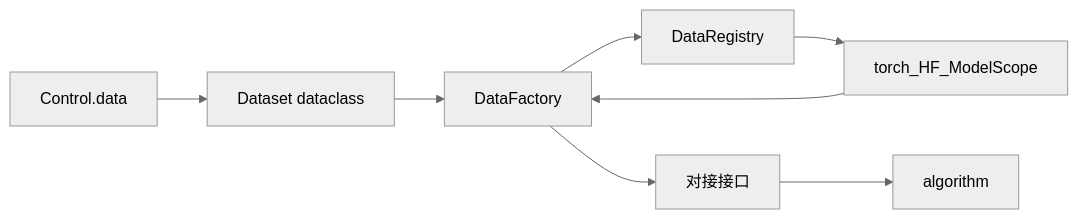
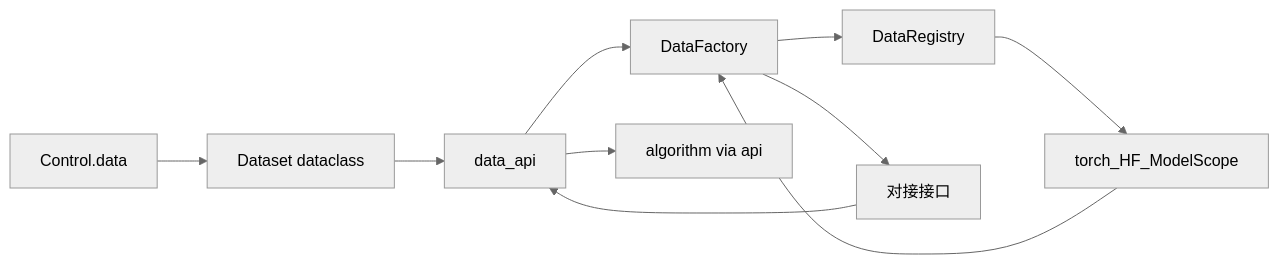
Before and after one commit to diaoenmao/RPipe: the diagram in docs/code_structure/structure.md, drawn with Mermaid (neutral theme). The commit also changed other lines of this file and 2 other files, not shown here.

First line of the commit message:
Route Structure layers through api/ and keep LAYOUT shallow.

````diff
--- a/docs/code_structure/structure.md
+++ b/docs/code_structure/structure.md
@@ -160,18 +219,21 @@
 ```mermaid
 flowchart LR
   cfg[Control.data]
   ds[Dataset dataclass]
+  api[data_api]
   factory[DataFactory]
   registry[DataRegistry]
   third[torch_HF_ModelScope]
   port[对接接口]
-  algo[algorithm]
+  algo[algorithm via api]
 
   cfg --> ds
-  ds --> factory
+  ds --> api
+  api --> factory
   factory --> registry
   registry --> third
   third --> factory
   factory --> port
-  port --> algo
+  port --> api
+  api --> algo
 ```
````
